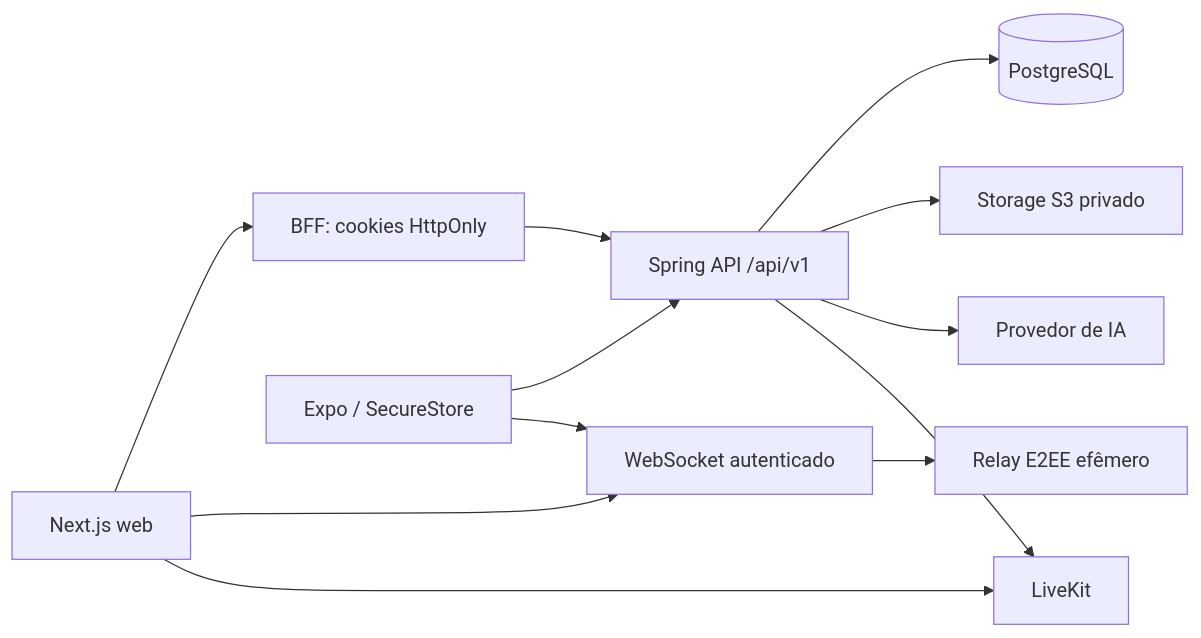
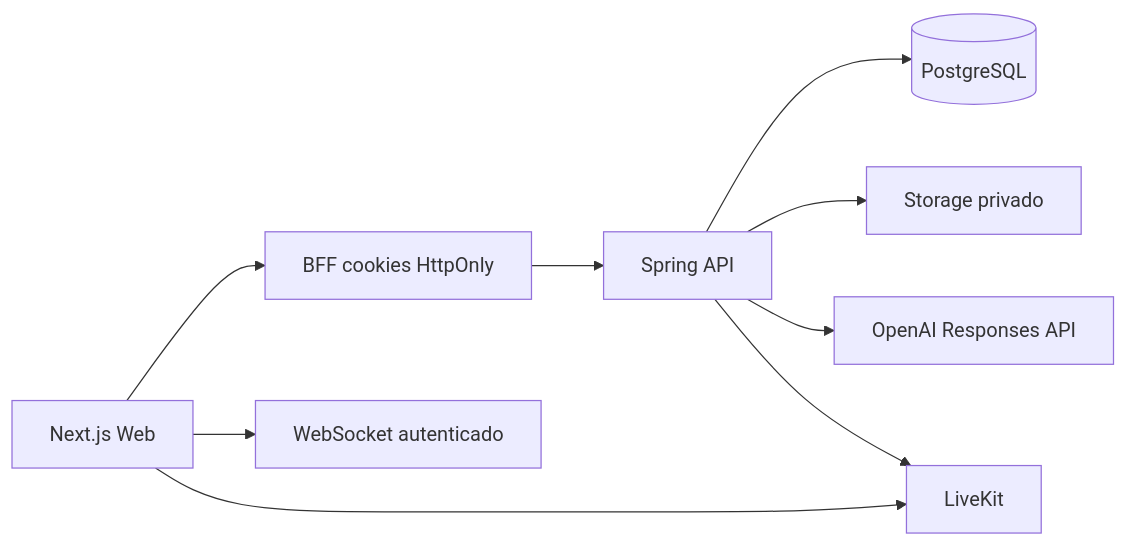
The diagram in docs/ARCHITECTURE.md (luizcordeiro155/Enturma), drawn with Mermaid before and after one commit. The commit also changed other lines of this file, not shown here.

Commit message:
docs: refresh ARCHITECTURE.md for v4

````diff
--- a/docs/ARCHITECTURE.md
+++ b/docs/ARCHITECTURE.md
@@ -5,14 +5,11 @@
 ```mermaid
 flowchart LR
-  Web[Next.js web] --> BFF[BFF: cookies HttpOnly]
-  BFF --> API[Spring API /api/v1]
-  Mobile[Expo / SecureStore] --> API
+  Web[Next.js Web] --> BFF[BFF cookies HttpOnly]
+  BFF --> API[Spring API]
+  Web --> WS[WebSocket autenticado]
   API --> PG[(PostgreSQL)]
-  Web --> WS[WebSocket autenticado]
-  Mobile --> WS
-  WS --> Relay[Relay E2EE efêmero]
-  API --> S3[Storage S3 privado]
-  API --> LLM[Provedor de IA]
+  API --> S3[Storage privado]
+  API --> LLM[OpenAI Responses API]
   API --> LK[LiveKit]
   Web --> LK
 ```
````
